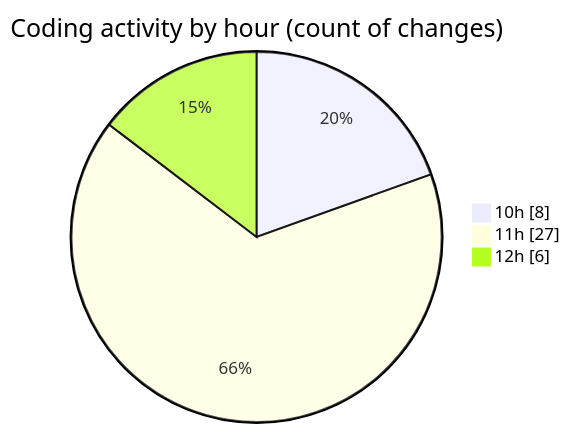
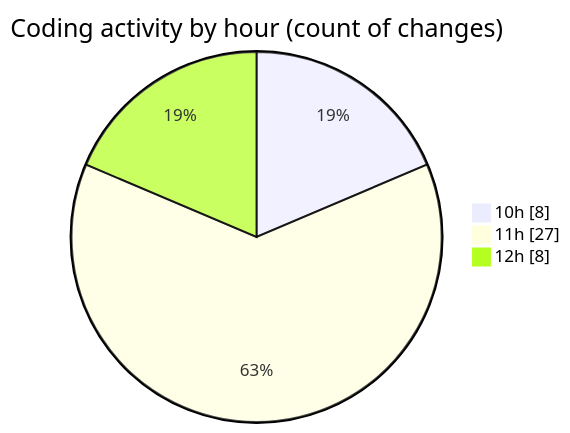
The second of 2 diagrams in 2025-09-29/nxtqube_webapp/README.md (nxtqubesakshisongat/code-tracking), drawn with Mermaid before and after one commit. The commit also changed other lines of this file and 1 other file, not shown here.

````diff
--- a/2025-09-29/nxtqube_webapp/README.md
+++ b/2025-09-29/nxtqube_webapp/README.md
@@ -28,7 +30,7 @@
 ```mermaid
 pie showData
 title Coding activity by hour (count of changes)
 "10h" : 8
 "11h" : 27
-"12h" : 6
+"12h" : 8
 ```
````
